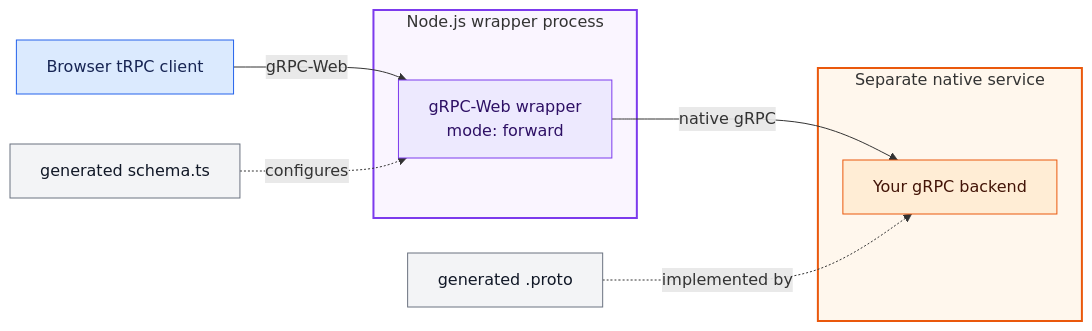
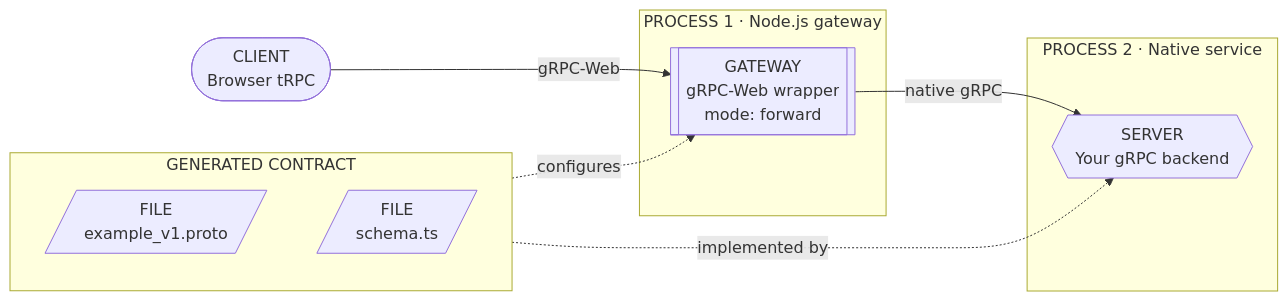
The second of 3 diagrams in README.md (iocat/trpc-proto), drawn with Mermaid before and after one commit. The commit also changed other lines of this file, not shown here.

Commit message:
docs: clarify deployment diagram roles

````diff
--- a/README.md
+++ b/README.md
@@ -39,30 +39,23 @@
 ```mermaid
 flowchart LR
-  Browser["Browser tRPC client"]
-  Proto["generated .proto"]
-  Schema["generated schema.ts"]
+  Browser(["CLIENT<br/>Browser tRPC"])
 
-  subgraph WrapperProcess["Node.js wrapper process"]
-    Wrapper["gRPC-Web wrapper<br/>mode: forward"]
+  subgraph Contract["GENERATED CONTRACT"]
+    direction TB
+    Proto[/"FILE<br/>example_v1.proto"/]
+    Schema[/"FILE<br/>schema.ts"/]
   end
 
-  subgraph BackendProcess["Separate native service"]
-    Backend["Your gRPC backend"]
+  subgraph WrapperProcess["PROCESS 1 · Node.js gateway"]
+    Wrapper[["GATEWAY<br/>gRPC-Web wrapper<br/>mode: forward"]]
+  end
+
+  subgraph BackendProcess["PROCESS 2 · Native service"]
+    Backend{{"SERVER<br/>Your gRPC backend"}}
   end
 
   Browser -->|"gRPC-Web"| Wrapper
   Wrapper -->|"native gRPC"| Backend
   Proto -. "implemented by" .-> Backend
   Schema -. "configures" .-> Wrapper
-
-  class Browser client
-  class Wrapper wrapper
-  class Backend backend
-  class Proto,Schema artifact
-  classDef client fill:#dbeafe,stroke:#2563eb,color:#172554
-  classDef wrapper fill:#ede9fe,stroke:#7c3aed,color:#2e1065
-  classDef backend fill:#ffedd5,stroke:#ea580c,color:#431407
-  classDef artifact fill:#f3f4f6,stroke:#6b7280,color:#111827
-  style WrapperProcess fill:#faf5ff,stroke:#7c3aed,stroke-width:2px
-  style BackendProcess fill:#fff7ed,stroke:#ea580c,stroke-width:2px
 ```
````
